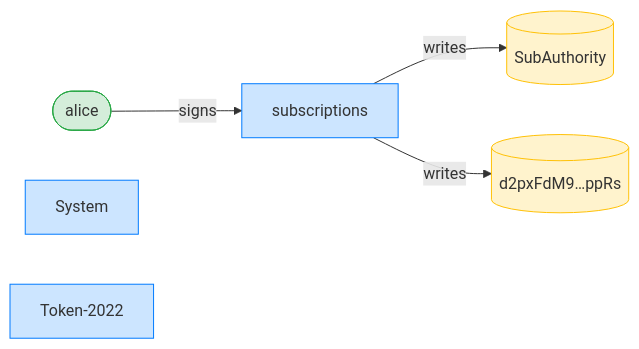
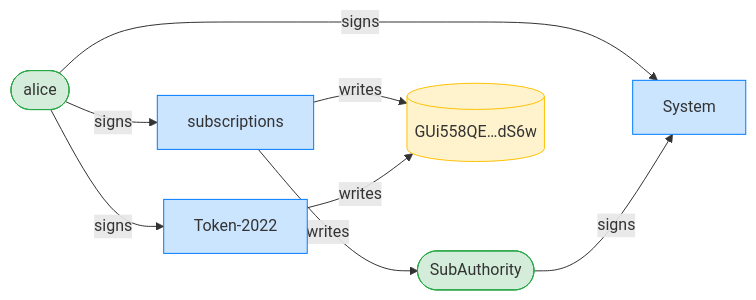
Before and after one commit to cds-rs/subscriptions: the third of 4 diagrams in dsl_tests/initialize-over-a-token-2022-mint---transferfeeconfig--transferhook--.md, drawn with Mermaid. The commit also changed other lines of this file and 224 other files, not shown here.

````diff
--- a/dsl_tests/initialize-over-a-token-2022-mint---transferfeeconfig--transferhook--.md
+++ b/dsl_tests/initialize-over-a-token-2022-mint---transferfeeconfig--transferhook--.md
@@ -55,15 +56,19 @@
 ```mermaid
 flowchart LR
     classDef signer fill:#d4edda,stroke:#28a745;
     classDef program fill:#cce5ff,stroke:#007bff;
     classDef writable fill:#fff3cd,stroke:#ffc107;
     subscriptions[subscriptions]:::program
     alice([alice]):::signer
-    SubAuthority[(SubAuthority)]:::writable
-    d2pxFdM9_ppRs[("d2pxFdM9…ppRs")]:::writable
+    SubAuthority([SubAuthority]):::signer
+    GUi558QE_dS6w[("GUi558QE…dS6w")]:::writable
     System[System]:::program
     Token_2022["Token-2022"]:::program
     alice -->|signs| subscriptions
+    alice -->|signs| System
+    SubAuthority -->|signs| System
+    alice -->|signs| Token_2022
     subscriptions -->|writes| SubAuthority
-    subscriptions -->|writes| d2pxFdM9_ppRs
+    subscriptions -->|writes| GUi558QE_dS6w
+    Token_2022 -->|writes| GUi558QE_dS6w
 ```
````
